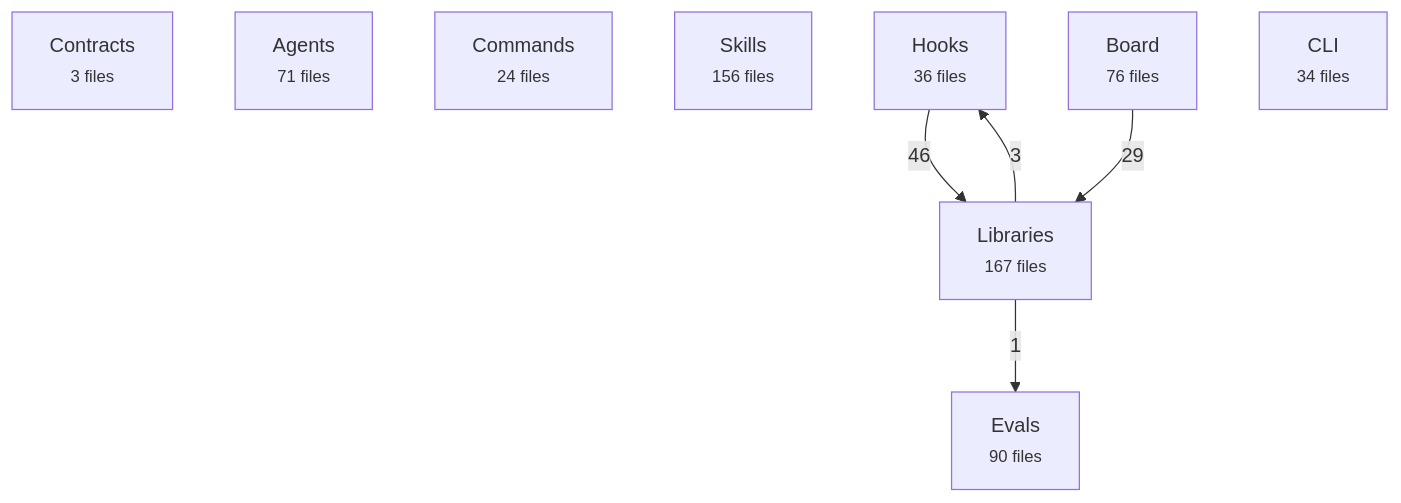
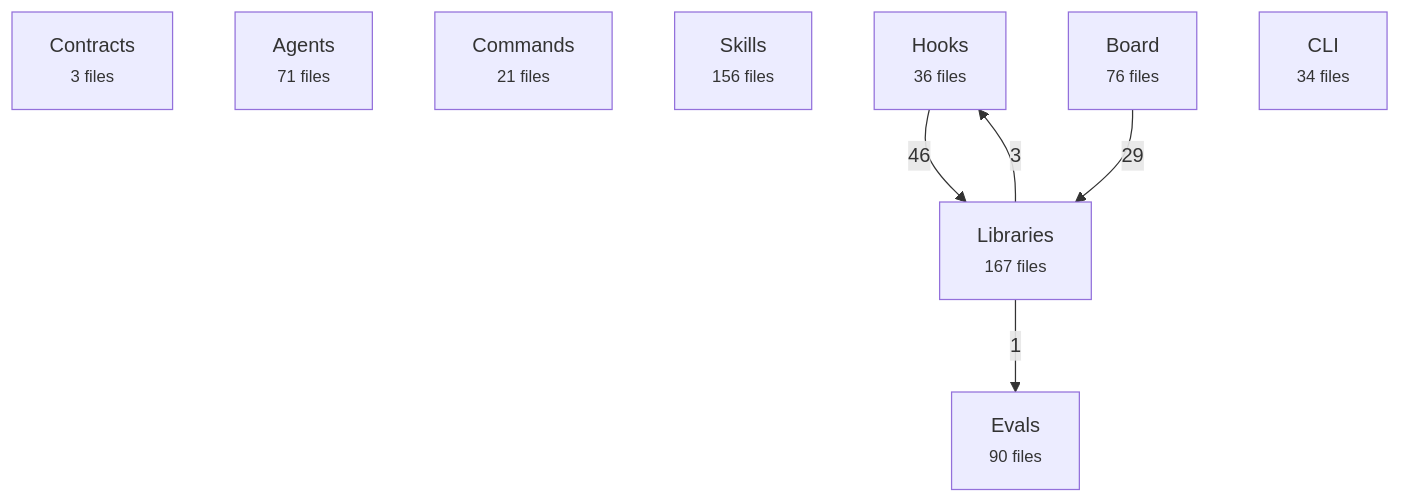
One commit to avelikiy/great_cto changed the first of 2 diagrams in docs/reference/architecture-map.md. Above: the diagram before and after it, drawn with Mermaid. The commit also changed other lines of this file and 17 other files, not shown here.

````diff
--- a/docs/reference/architecture-map.md
+++ b/docs/reference/architecture-map.md
@@ -20,16 +20,16 @@
 ```mermaid
 flowchart TD
   contracts["Contracts<br/><small>3 files</small>"]
   agents["Agents<br/><small>71 files</small>"]
-  commands["Commands<br/><small>24 files</small>"]
+  commands["Commands<br/><small>21 files</small>"]
   skills["Skills<br/><small>156 files</small>"]
   hooks["Hooks<br/><small>36 files</small>"]
   libs["Libraries<br/><small>167 files</small>"]
   board["Board<br/><small>76 files</small>"]
   cli["CLI<br/><small>34 files</small>"]
   evals["Evals<br/><small>90 files</small>"]
   hooks -->|46| libs
   board -->|29| libs
   libs -->|3| hooks
   libs -->|1| evals
 ```
````
